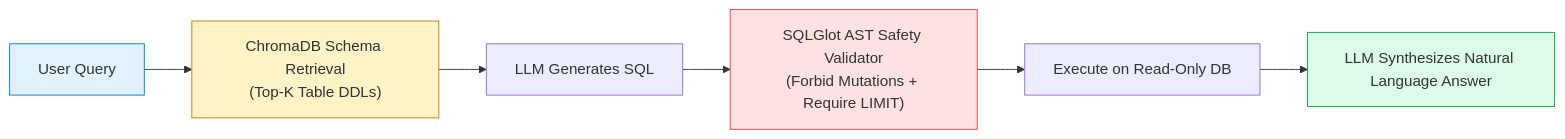
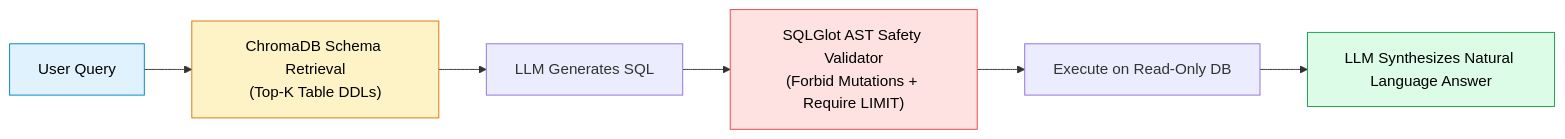
One commit to swapnil3104/RAG-Engineering changed the third of 3 diagrams in 10-Hands-On-Projects/06-SQL-RAG-Assistant/README.md. Above: the diagram before and after it, drawn with Mermaid. The commit also changed other lines of this file and 108 other files, not shown here.

Commit message:
fix: make chart text visible across all Mermaid diagrams and resolve markdown table formatting issues

````diff
--- a/10-Hands-On-Projects/06-SQL-RAG-Assistant/README.md
+++ b/10-Hands-On-Projects/06-SQL-RAG-Assistant/README.md
@@ -519,13 +519,13 @@
 ```mermaid
 flowchart LR
     Question["User Query"] --> SchemaStore["ChromaDB Schema Retrieval<br/>(Top-K Table DDLs)"]
     SchemaStore --> LLM["LLM Generates SQL"]
     LLM --> ASTValidator["SQLGlot AST Safety Validator<br/>(Forbid Mutations + Require LIMIT)"]
     ASTValidator --> ReadOnlyDB["Execute on Read-Only DB"]
     ReadOnlyDB --> NaturalSynth["LLM Synthesizes Natural Language Answer"]
 
-    style Question fill:#e0f2fe,stroke:#0284c7
-    style SchemaStore fill:#fef3c7,stroke:#d97706
-    style ASTValidator fill:#fee2e2,stroke:#ef4444
-    style NaturalSynth fill:#dcfce7,stroke:#16a34a
+    style Question fill:#e0f2fe,stroke:#0284c7,color:#000000
+    style SchemaStore fill:#fef3c7,stroke:#d97706,color:#000000
+    style ASTValidator fill:#fee2e2,stroke:#ef4444,color:#000000
+    style NaturalSynth fill:#dcfce7,stroke:#16a34a,color:#000000
 ```
````
